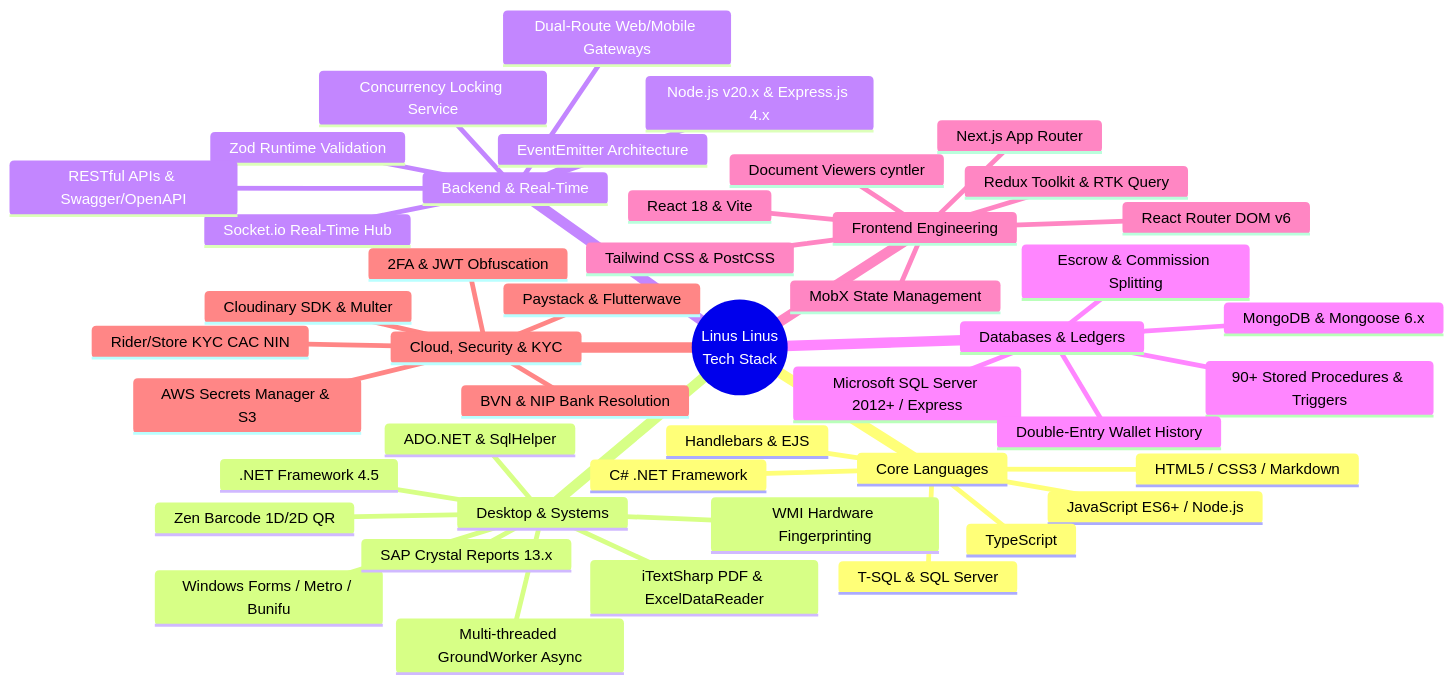
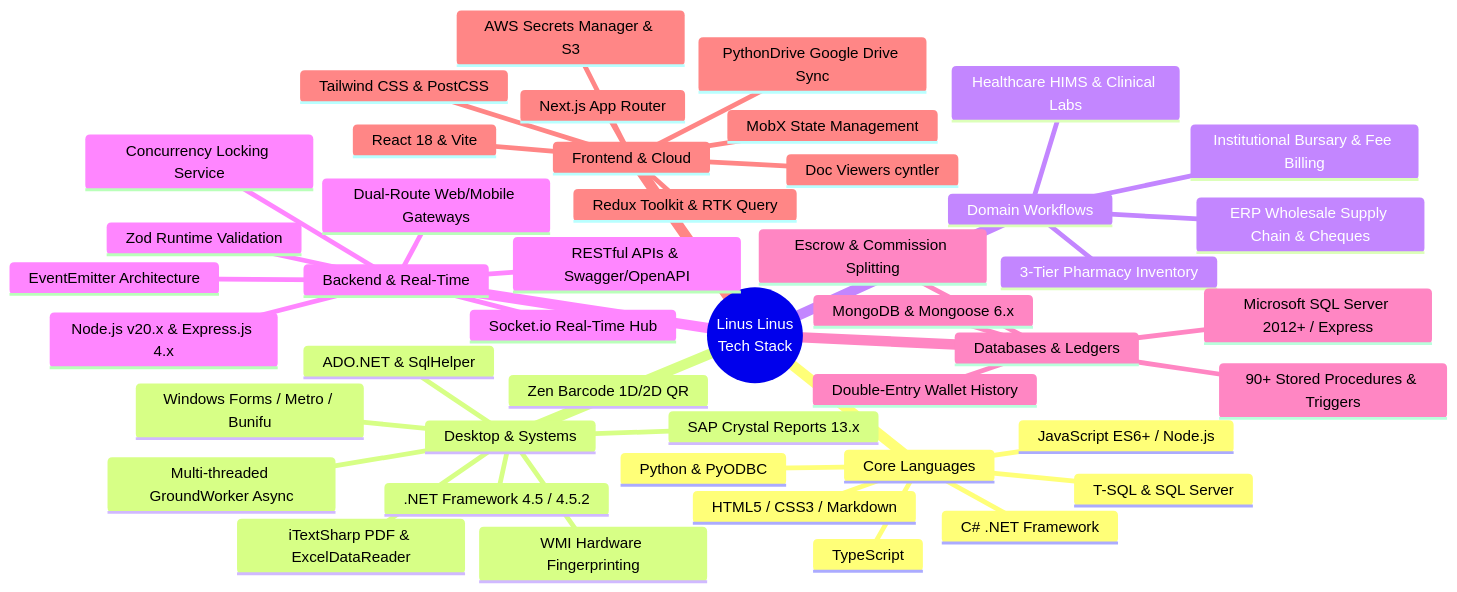
One commit to Learnuel1/linus-linus-portfolio changed the diagram in PORTFOLIO_AGENT_DOCUMENT.md. Above: the diagram before and after it, drawn with Mermaid. The commit also changed other lines of this file and 8 other files, not shown here.

Commit message:
feat: expand portfolio and CV with ChucksMedicareApp (HIMS) and MM Traders ERP systems

````diff
--- a/PORTFOLIO_AGENT_DOCUMENT.md
+++ b/PORTFOLIO_AGENT_DOCUMENT.md
@@ -76,49 +74,48 @@
 ```mermaid
 mindmap
   root((Linus Linus<br/>Tech Stack))
     Core Languages
       C# .NET Framework
       JavaScript ES6+ / Node.js
       TypeScript
+      Python & PyODBC
       T-SQL & SQL Server
       HTML5 / CSS3 / Markdown
-      Handlebars & EJS
     Desktop & Systems
-      .NET Framework 4.5
+      .NET Framework 4.5 / 4.5.2
       Windows Forms / Metro / Bunifu
       ADO.NET & SqlHelper
       Multi-threaded GroundWorker Async
       WMI Hardware Fingerprinting
       Zen Barcode 1D/2D QR
       SAP Crystal Reports 13.x
       iTextSharp PDF & ExcelDataReader
+    Domain Workflows
+      Healthcare HIMS & Clinical Labs
+      3-Tier Pharmacy Inventory
+      Institutional Bursary & Fee Billing
+      ERP Wholesale Supply Chain & Cheques
     Backend & Real-Time
       Node.js v20.x & Express.js 4.x
       Socket.io Real-Time Hub
       EventEmitter Architecture
       Dual-Route Web/Mobile Gateways
       Zod Runtime Validation
       RESTful APIs & Swagger/OpenAPI
       Concurrency Locking Service
     Databases & Ledgers
       Microsoft SQL Server 2012+ / Express
       90+ Stored Procedures & Triggers
       MongoDB & Mongoose 6.x
       Double-Entry Wallet History
       Escrow & Commission Splitting
-    Frontend Engineering
+    Frontend & Cloud
       React 18 & Vite
       Next.js App Router
       Redux Toolkit & RTK Query
       MobX State Management
-      React Router DOM v6
       Tailwind CSS & PostCSS
-      Document Viewers cyntler
-    Cloud, Security & KYC
+      Doc Viewers cyntler
+      PythonDrive Google Drive Sync
       AWS Secrets Manager & S3
-      Cloudinary SDK & Multer
-      Paystack & Flutterwave
-      BVN & NIP Bank Resolution
-      Rider/Store KYC CAC NIN
-      2FA & JWT Obfuscation
 ```
````
